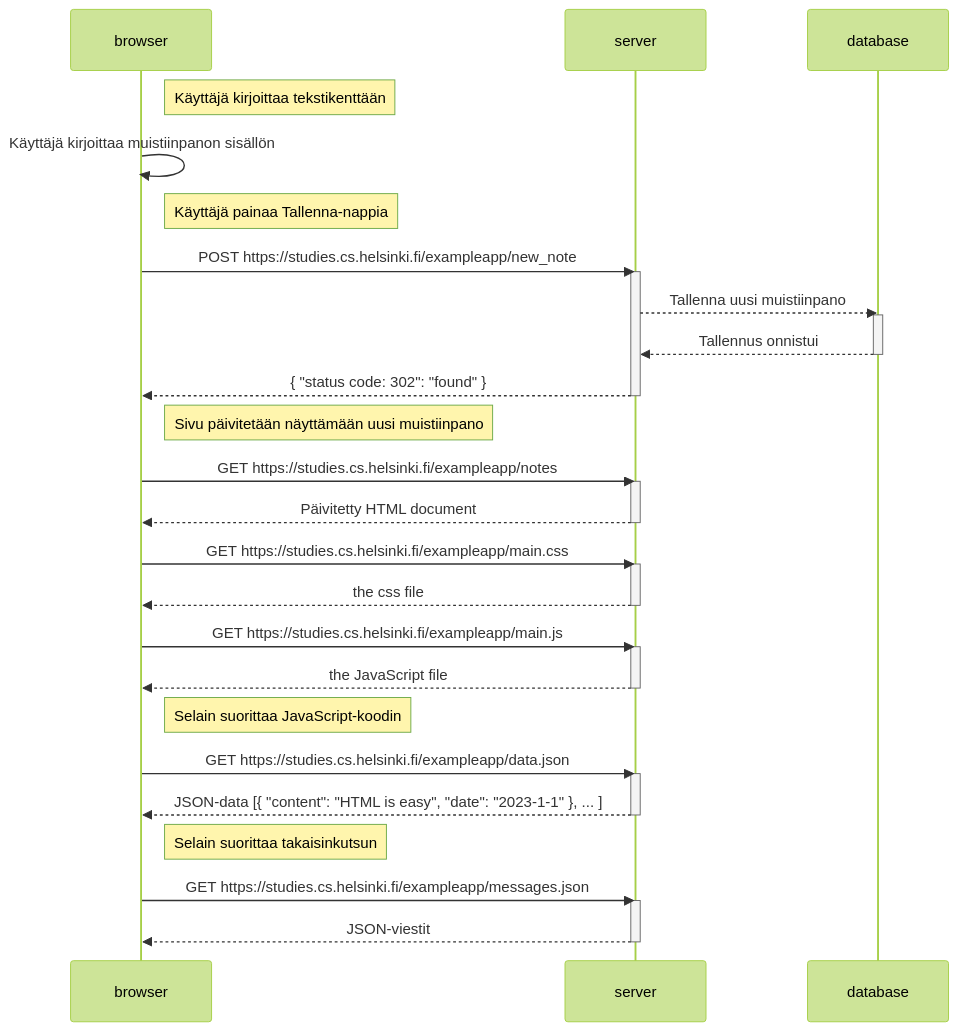
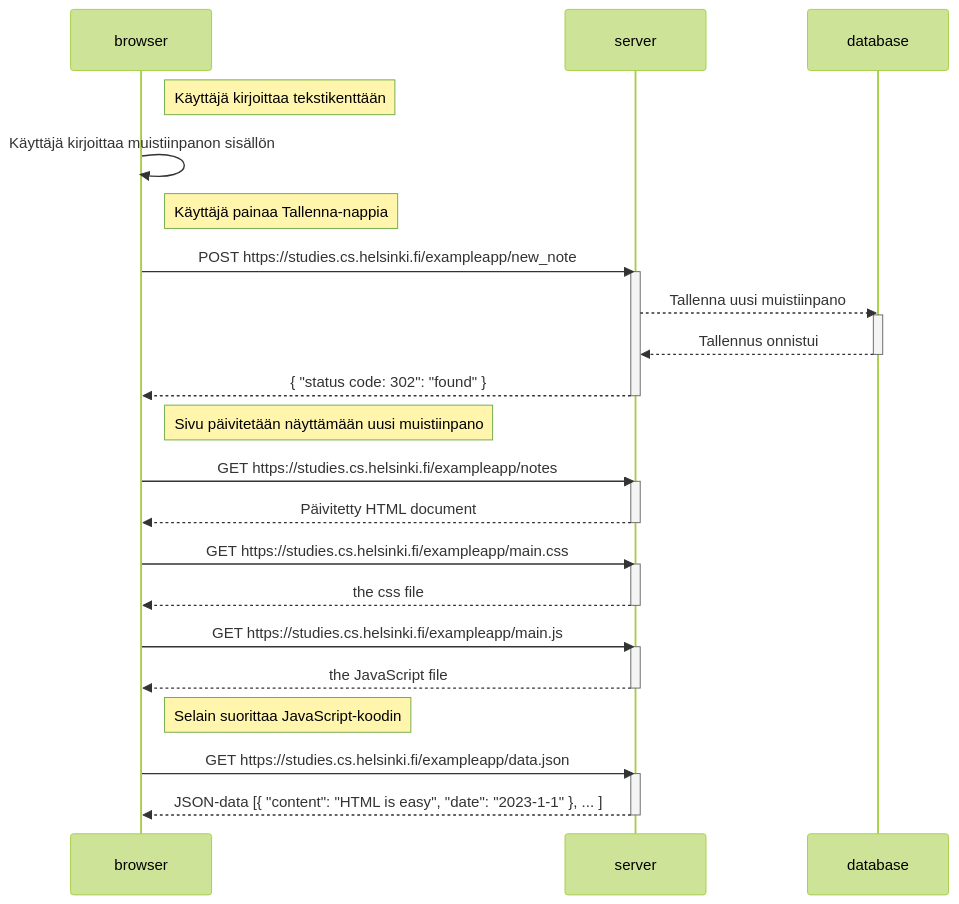
The diagram in 0.4: uusi muistiinpano.md (JenniAlarakkola/Viikko0webohjelmointi), drawn with Mermaid (forest theme) before and after one commit.

Commit message:
Update 0.4: uusi muistiinpano.md

````diff
--- a/0.4: uusi muistiinpano.md
+++ b/0.4: uusi muistiinpano.md
@@ -1,50 +1,44 @@
 ```mermaid
 sequenceDiagram
     participant browser
     participant server
     participant database
     
     Note right of browser: Käyttäjä kirjoittaa tekstikenttään
     
     browser->>browser: Käyttäjä kirjoittaa muistiinpanon sisällön
     
     Note right of browser: Käyttäjä painaa Tallenna-nappia
     
     browser->>server: POST https://studies.cs.helsinki.fi/exampleapp/new_note
     activate server
     server-->>database: Tallenna uusi muistiinpano
     activate database
     database-->>server: Tallennus onnistui
     deactivate database
     server-->>browser: { "status code: 302": "found" }
     deactivate server
     
     Note right of browser: Sivu päivitetään näyttämään uusi muistiinpano
     
     browser->>server: GET https://studies.cs.helsinki.fi/exampleapp/notes
     activate server
     server-->>browser: Päivitetty HTML document
     deactivate server
     
     browser->>server: GET https://studies.cs.helsinki.fi/exampleapp/main.css
     activate server
     server-->>browser: the css file
     deactivate server
     
     browser->>server: GET https://studies.cs.helsinki.fi/exampleapp/main.js
     activate server
     server-->>browser: the JavaScript file
     deactivate server
     
     Note right of browser: Selain suorittaa JavaScript-koodin
     browser->>server: GET https://studies.cs.helsinki.fi/exampleapp/data.json
     activate server
     server-->>browser: JSON-data [{ "content": "HTML is easy", "date": "2023-1-1" }, ... ]
     deactivate server
-    
-    Note right of browser: Selain suorittaa takaisinkutsun
-    browser->>server: GET https://studies.cs.helsinki.fi/exampleapp/messages.json
-    activate server
-    server-->>browser: JSON-viestit
-    deactivate server
 ```
````
